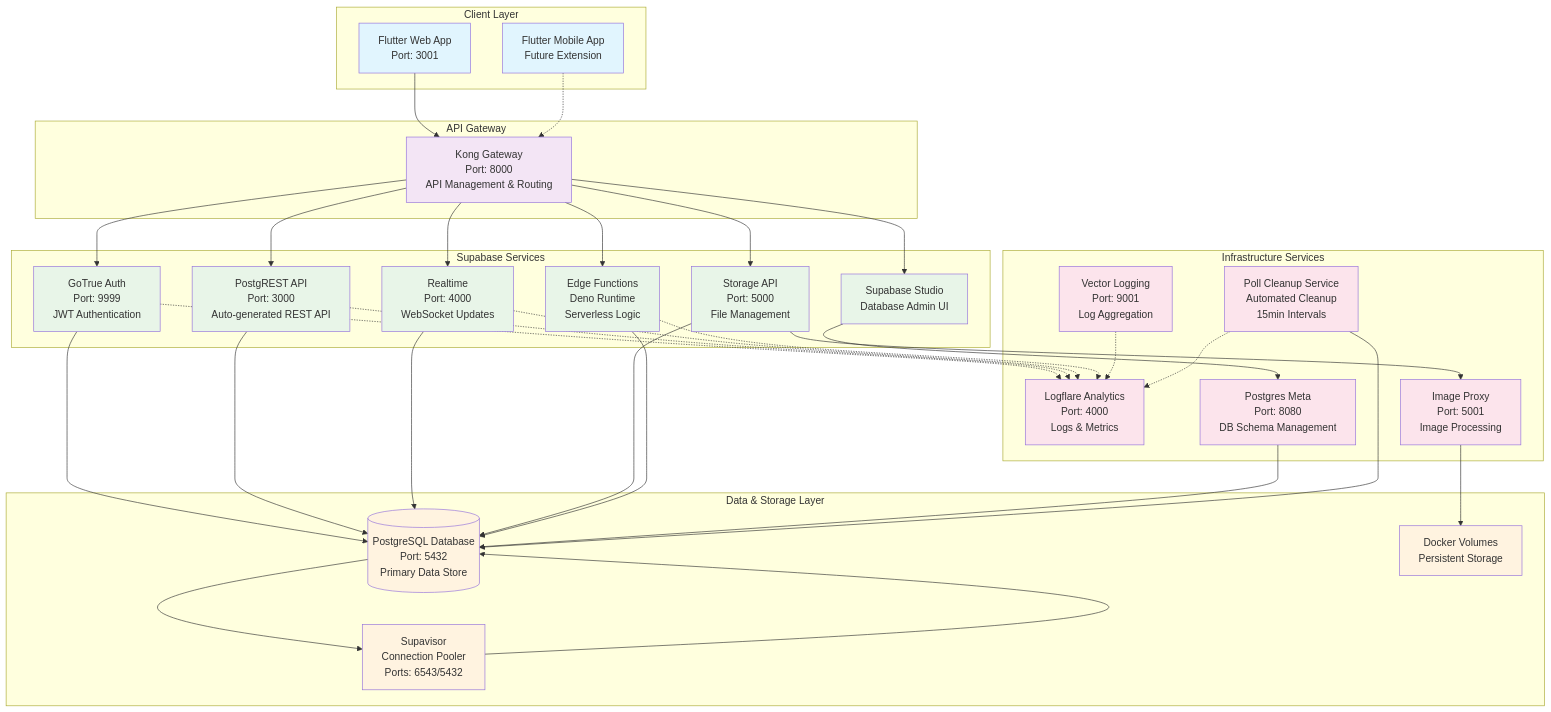
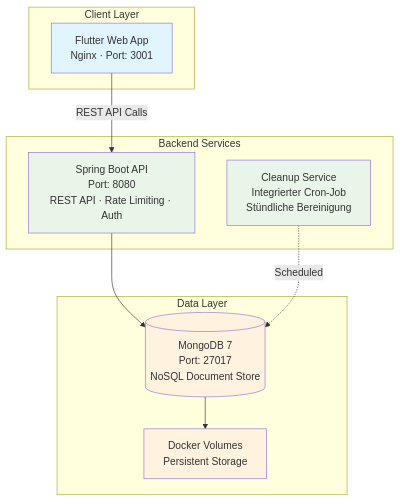
The diagram in README.md (Ahmadre/Pollino), drawn with Mermaid before and after one commit. The commit also changed other lines of this file and 1 other file, not shown here.

Commit message:
feat: update README and CHANGELOG for 2.0.0 release with Spring Boot and MongoDB migration details

````diff
--- a/README.md
+++ b/README.md
@@ -79,88 +74,33 @@
 graph TB
     %% Client Layer
     subgraph "Client Layer"
-        WEB[Flutter Web App<br/>Port: 3001]
-        MOBILE[Flutter Mobile App<br/>Future Extension]
+        WEB[Flutter Web App<br/>Nginx · Port: 3001]
     end
 
-    %% Reverse Proxy Layer
-    subgraph "API Gateway"
-        KONG[Kong Gateway<br/>Port: 8000<br/>API Management & Routing]
-    end
-
-    %% Application Services Layer
-    subgraph "Supabase Services"
-        AUTH[GoTrue Auth<br/>Port: 9999<br/>JWT Authentication]
-        REST[PostgREST API<br/>Port: 3000<br/>Auto-generated REST API]
-        REALTIME[Realtime<br/>Port: 4000<br/>WebSocket Updates]
-        STORAGE[Storage API<br/>Port: 5000<br/>File Management]
-        FUNCTIONS[Edge Functions<br/>Deno Runtime<br/>Serverless Logic]
-        STUDIO[Supabase Studio<br/>Database Admin UI]
+    %% Backend Layer
+    subgraph "Backend Services"
+        API[Spring Boot API<br/>Port: 8080<br/>REST API · Rate Limiting · Auth]
+        CLEANUP[Cleanup Service<br/>Integrierter Cron-Job<br/>Stündliche Bereinigung]
     end
 
     %% Data Layer
-    subgraph "Data & Storage Layer"
-        DB[(PostgreSQL Database<br/>Port: 5432<br/>Primary Data Store)]
-        POOLER[Supavisor<br/>Connection Pooler<br/>Ports: 6543/5432]
+    subgraph "Data Layer"
+        DB[(MongoDB 7<br/>Port: 27017<br/>NoSQL Document Store)]
         VOLUMES[Docker Volumes<br/>Persistent Storage]
     end
 
-    %% Support Services
-    subgraph "Infrastructure Services"
-        ANALYTICS[Logflare Analytics<br/>Port: 4000<br/>Logs & Metrics]
-        META[Postgres Meta<br/>Port: 8080<br/>DB Schema Management]
-        IMGPROXY[Image Proxy<br/>Port: 5001<br/>Image Processing]
-        VECTOR[Vector Logging<br/>Port: 9001<br/>Log Aggregation]
-        CLEANUP[Poll Cleanup Service<br/>Automated Cleanup<br/>15min Intervals]
-    end
+    %% Data Flow Connections
+    WEB -->|REST API Calls| API
+    API --> DB
+    CLEANUP -.->|Scheduled| DB
+    DB --> VOLUMES
 
-    %% Data Flow Connections
-    WEB --> KONG
-    MOBILE -.-> KONG
-  
-    KONG --> AUTH
-    KONG --> REST
-    KONG --> REALTIME
-    KONG --> STORAGE
-    KONG --> FUNCTIONS
-    KONG --> STUDIO
-
-    AUTH --> DB
-    REST --> DB
-    REALTIME --> DB
-    STORAGE --> DB
-    FUNCTIONS --> DB
-    STUDIO --> META
-    META --> DB
-
-    DB --> POOLER
-    POOLER --> DB
-
-    STORAGE --> IMGPROXY
-    IMGPROXY --> VOLUMES
-
-    %% Analytics & Monitoring
-    AUTH -.-> ANALYTICS
-    REST -.-> ANALYTICS
-    REALTIME -.-> ANALYTICS
-    FUNCTIONS -.-> ANALYTICS
-
-    VECTOR -.-> ANALYTICS
-  
-    %% Cleanup Service Connections
-    CLEANUP --> DB
-    CLEANUP -.-> ANALYTICS
-  
     %% Styling
     classDef frontend fill:#e1f5fe
-    classDef gateway fill:#f3e5f5
-    classDef service fill:#e8f5e8
+    classDef backend fill:#e8f5e8
     classDef database fill:#fff3e0
-    classDef infrastructure fill:#fce4ec
 
-    class WEB,MOBILE frontend
-    class KONG gateway
-    class AUTH,REST,REALTIME,STORAGE,FUNCTIONS,STUDIO service
-    class DB,POOLER,VOLUMES database
-    class ANALYTICS,META,IMGPROXY,VECTOR,CLEANUP infrastructure
+    class WEB frontend
+    class API,CLEANUP backend
+    class DB,VOLUMES database
 ```
````
